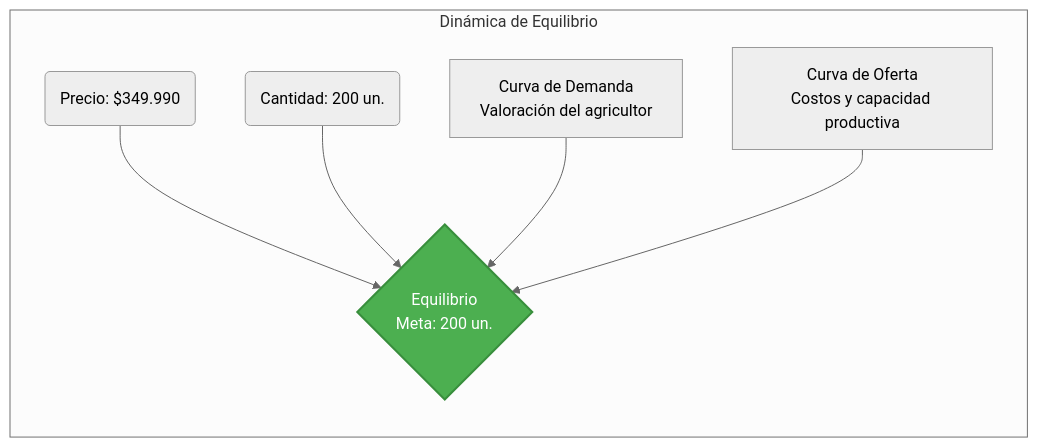
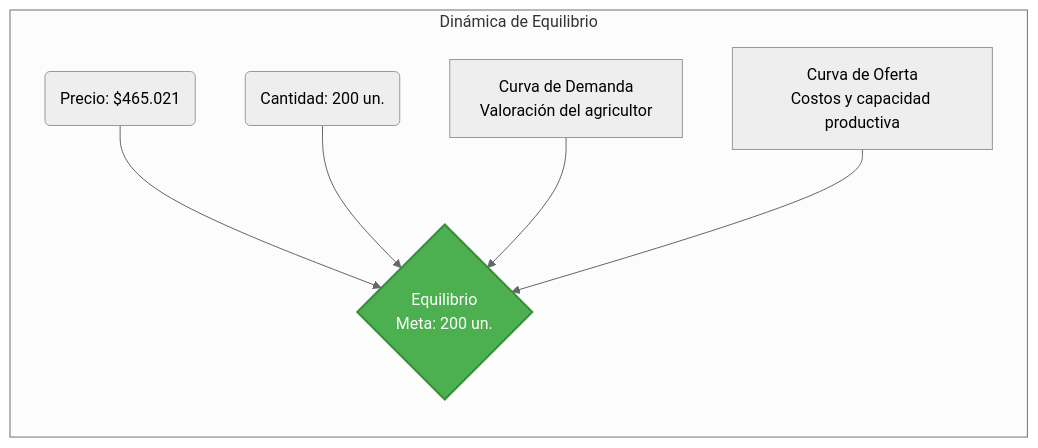
Before and after one commit to Alvarinhoooo7/TerraSence: the first of 3 diagrams in Comercializacion de Tecnologias/README.md, drawn with Mermaid (neutral theme). The commit also changed other lines of this file and 2 other files, not shown here.

````diff
--- a/Comercializacion de Tecnologias/README.md
+++ b/Comercializacion de Tecnologias/README.md
@@ -70,10 +70,10 @@
 ```mermaid
 graph LR
     subgraph Equilibrio ["Dinámica de Equilibrio"]
-        P(Precio: $349.990) --> E{Equilibrio<br>Meta: 200 un.}
+        P(Precio: $465.021) --> E{Equilibrio<br>Meta: 200 un.}
         Q(Cantidad: 200 un.) --> E
         D[Curva de Demanda<br>Valoración del agricultor] --> E
         O[Curva de Oferta<br>Costos y capacidad productiva] --> E
     end
     style E fill:#4caf50,stroke:#388e3c,stroke-width:2px,color:#fff
 ```
````
